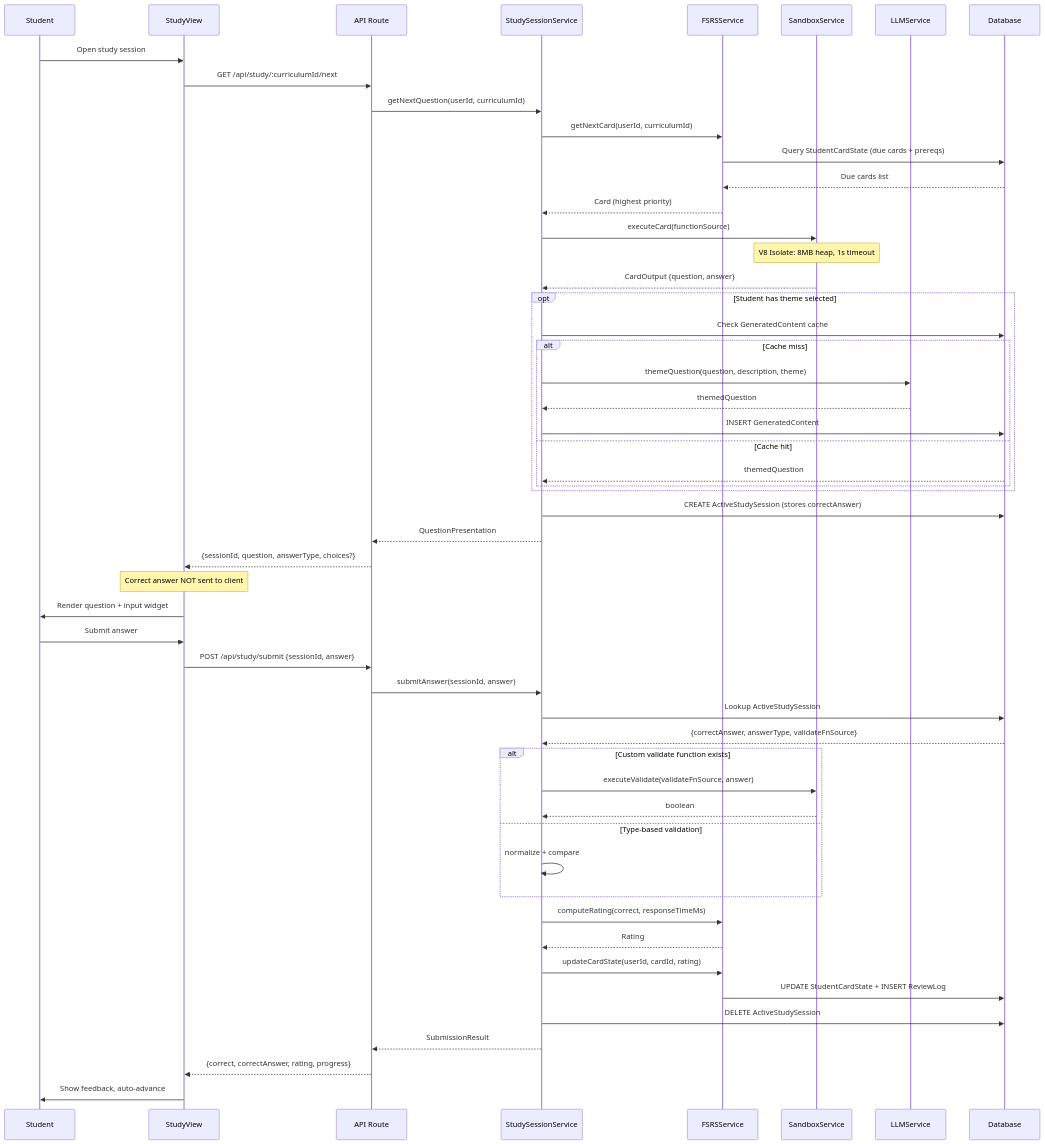
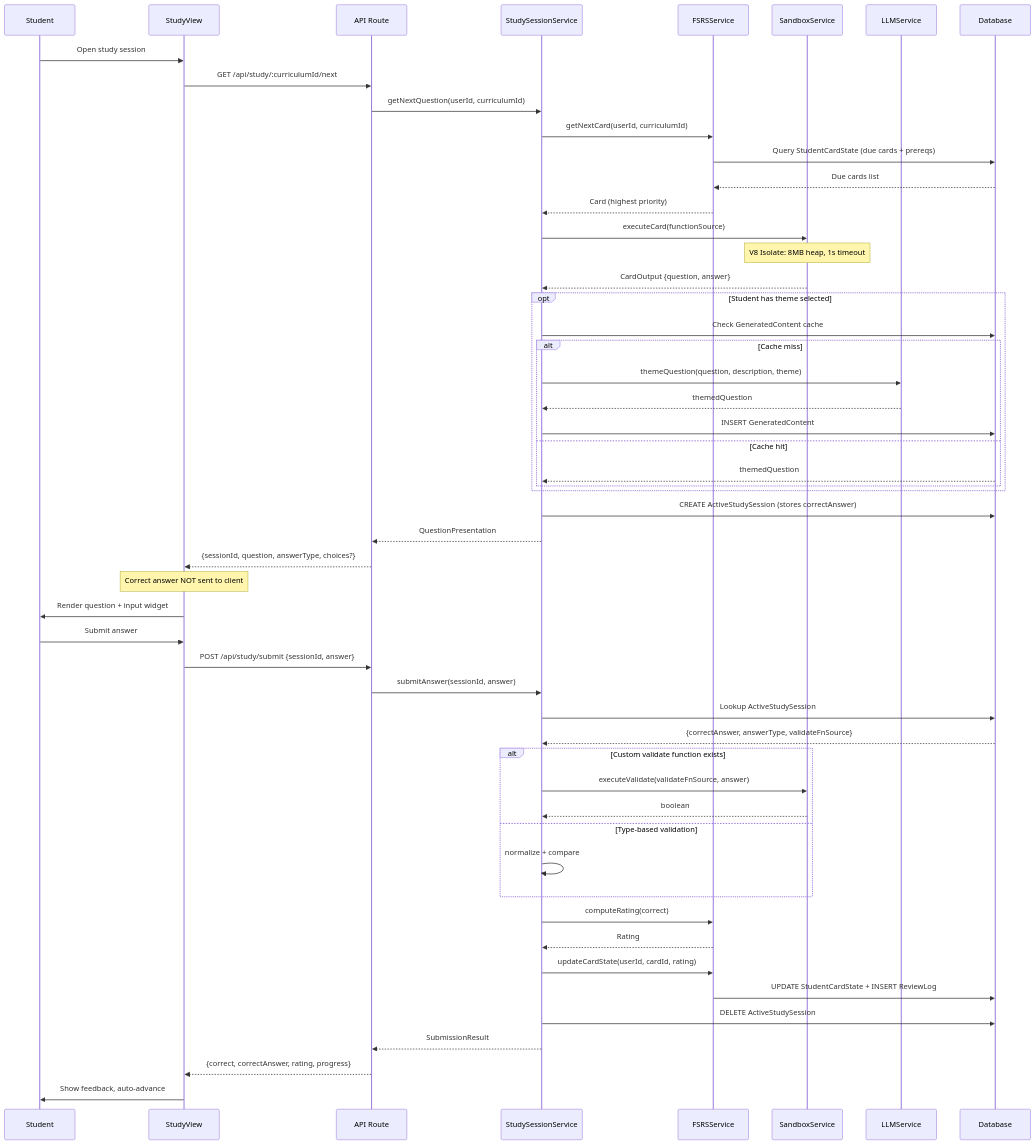
The fourth of 6 diagrams in LLD_Report.md (EmreEksi03/Programmable-Spaced-Repetition-Learning-Platform), drawn with Mermaid before and after one commit. The commit also changed other lines of this file, not shown here.

````diff
--- a/LLD_Report.md
+++ b/LLD_Report.md
@@ -1001,62 +1008,62 @@
 ```mermaid
 sequenceDiagram
     participant S as Student
     participant SV as StudyView
     participant API as API Route
     participant SSS as StudySessionService
     participant FSRS as FSRSService
     participant SB as SandboxService
     participant LLM as LLMService
     participant DB as Database
 
     S->>SV: Open study session
     SV->>API: GET /api/study/:curriculumId/next
     API->>SSS: getNextQuestion(userId, curriculumId)
     SSS->>FSRS: getNextCard(userId, curriculumId)
     FSRS->>DB: Query StudentCardState (due cards + prereqs)
     DB-->>FSRS: Due cards list
     FSRS-->>SSS: Card (highest priority)
 
     SSS->>SB: executeCard(functionSource)
     Note over SB: V8 Isolate: 8MB heap, 1s timeout
     SB-->>SSS: CardOutput {question, answer}
 
     opt Student has theme selected
         SSS->>DB: Check GeneratedContent cache
         alt Cache miss
             SSS->>LLM: themeQuestion(question, description, theme)
             LLM-->>SSS: themedQuestion
             SSS->>DB: INSERT GeneratedContent
         else Cache hit
             DB-->>SSS: themedQuestion
         end
     end
 
     SSS->>DB: CREATE ActiveStudySession (stores correctAnswer)
     SSS-->>API: QuestionPresentation
     API-->>SV: {sessionId, question, answerType, choices?}
     Note over SV: Correct answer NOT sent to client
     SV->>S: Render question + input widget
 
     S->>SV: Submit answer
     SV->>API: POST /api/study/submit {sessionId, answer}
     API->>SSS: submitAnswer(sessionId, answer)
     SSS->>DB: Lookup ActiveStudySession
     DB-->>SSS: {correctAnswer, answerType, validateFnSource}
 
     alt Custom validate function exists
         SSS->>SB: executeValidate(validateFnSource, answer)
         SB-->>SSS: boolean
     else Type-based validation
         SSS->>SSS: normalize + compare
     end
 
-    SSS->>FSRS: computeRating(correct, responseTimeMs)
+    SSS->>FSRS: computeRating(correct)
     FSRS-->>SSS: Rating
     SSS->>FSRS: updateCardState(userId, cardId, rating)
     FSRS->>DB: UPDATE StudentCardState + INSERT ReviewLog
     SSS->>DB: DELETE ActiveStudySession
     SSS-->>API: SubmissionResult
     API-->>SV: {correct, correctAnswer, rating, progress}
     SV->>S: Show feedback, auto-advance
 ```
````
